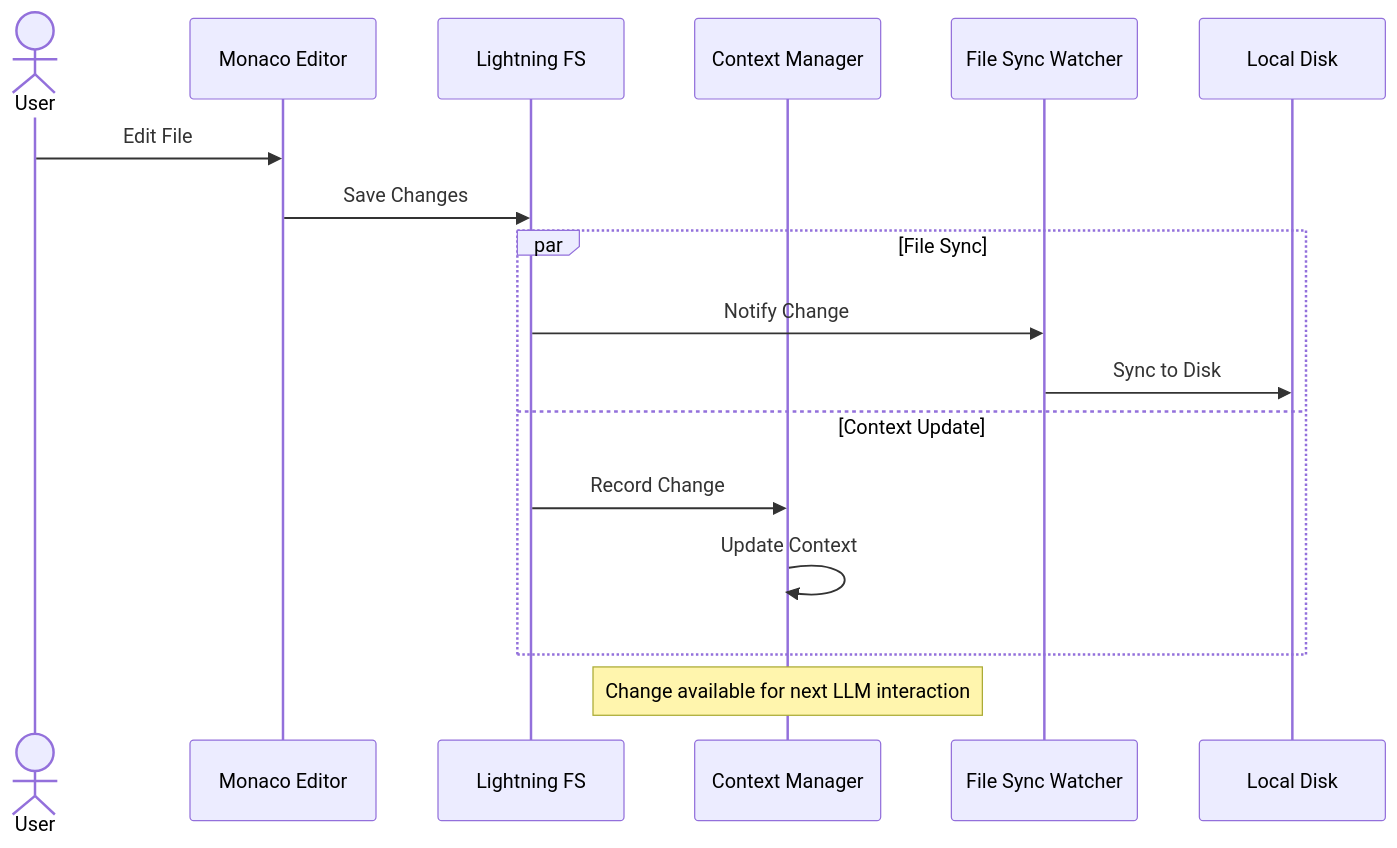
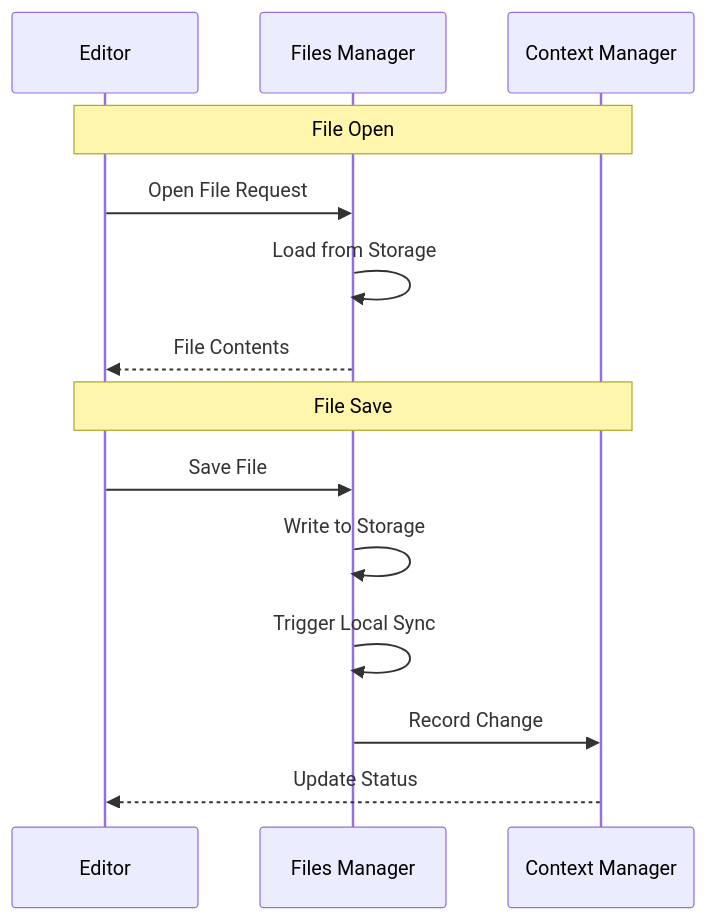
Before and after one commit to mrsimpson/piddie: the third of 16 diagrams in architecture.md, drawn with Mermaid. The commit also changed other lines of this file, not shown here.

````diff
--- a/architecture.md
+++ b/architecture.md
@@ -108,22 +99,18 @@
 ```mermaid
 sequenceDiagram
-    actor User
-    participant ED as Monaco Editor
-    participant LFS as Lightning FS
+    participant ED as Editor
+    participant FM as Files Manager
     participant CM as Context Manager
-    participant FSW as File Sync Watcher
-    participant LD as Local Disk
     
-    User->>ED: Edit File
-    ED->>LFS: Save Changes
+    Note over ED,CM: File Open
+    ED->>FM: Open File Request
+    FM->>FM: Load from Storage
+    FM-->>ED: File Contents
     
-    par File Sync
-        LFS->>FSW: Notify Change
-        FSW->>LD: Sync to Disk
-    and Context Update
-        LFS->>CM: Record Change
-        CM->>CM: Update Context
-    end
-    
-    Note over CM: Change available for next LLM interaction
+    Note over ED,CM: File Save
+    ED->>FM: Save File
+    FM->>FM: Write to Storage
+    FM->>FM: Trigger Local Sync
+    FM->>CM: Record Change
+    CM-->>ED: Update Status
 ```
````
